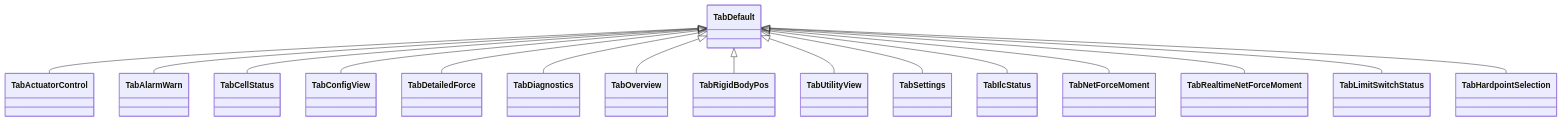
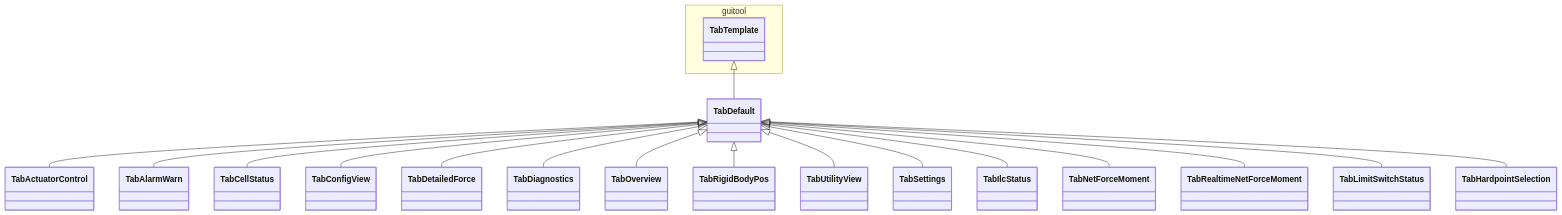
Before and after one commit to lsst-ts/ts_m2gui: the diagram in doc/uml/class_controltab.mmd, drawn with Mermaid. The commit also changed 20 other files, not shown here.

```diff
--- a/doc/uml/class_controltab.mmd
+++ b/doc/uml/class_controltab.mmd
@@ -1,16 +1,22 @@
 classDiagram
+namespace guitool {
+  class TabTemplate
+}
+
+TabTemplate <|-- TabDefault
+
 TabDefault <|-- TabActuatorControl
 TabDefault <|-- TabAlarmWarn
 TabDefault <|-- TabCellStatus
 TabDefault <|-- TabConfigView
 TabDefault <|-- TabDetailedForce
 TabDefault <|-- TabDiagnostics
 TabDefault <|-- TabOverview
 TabDefault <|-- TabRigidBodyPos
 TabDefault <|-- TabUtilityView
 TabDefault <|-- TabSettings
 TabDefault <|-- TabIlcStatus
 TabDefault <|-- TabNetForceMoment
 TabDefault <|-- TabRealtimeNetForceMoment
 TabDefault <|-- TabLimitSwitchStatus
 TabDefault <|-- TabHardpointSelection
```
